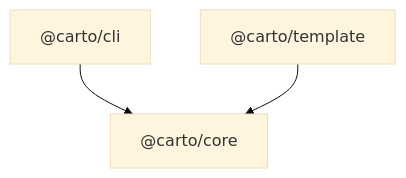
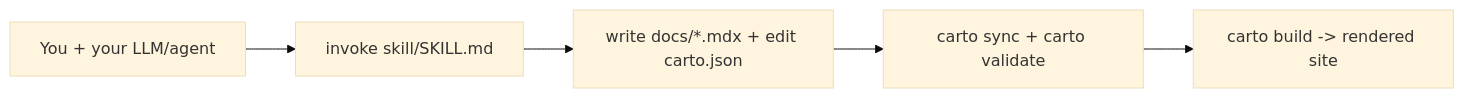
The diagram in docs/overview/en.mdx (5u4/carto), drawn with Mermaid (base theme) before and after one commit. The commit also changed other lines of this file and 18 other files, not shown here.

First line of the commit message:
docs: lead carto's docs with the user journey (skill + self-docs) (#11)

````diff
--- a/docs/overview/en.mdx
+++ b/docs/overview/en.mdx
@@ -31,5 +32,7 @@
 ```mermaid
-graph TD
-  cli["@carto/cli"] --> core["@carto/core"]
-  template["@carto/template"] --> core
+graph LR
+  you["You + your LLM/agent"] --> skill["invoke skill/SKILL.md"]
+  skill --> pages["write docs/*.mdx + edit carto.json"]
+  pages --> cli["carto sync + carto validate"]
+  cli --> site["carto build -> rendered site"]
 ```
````
